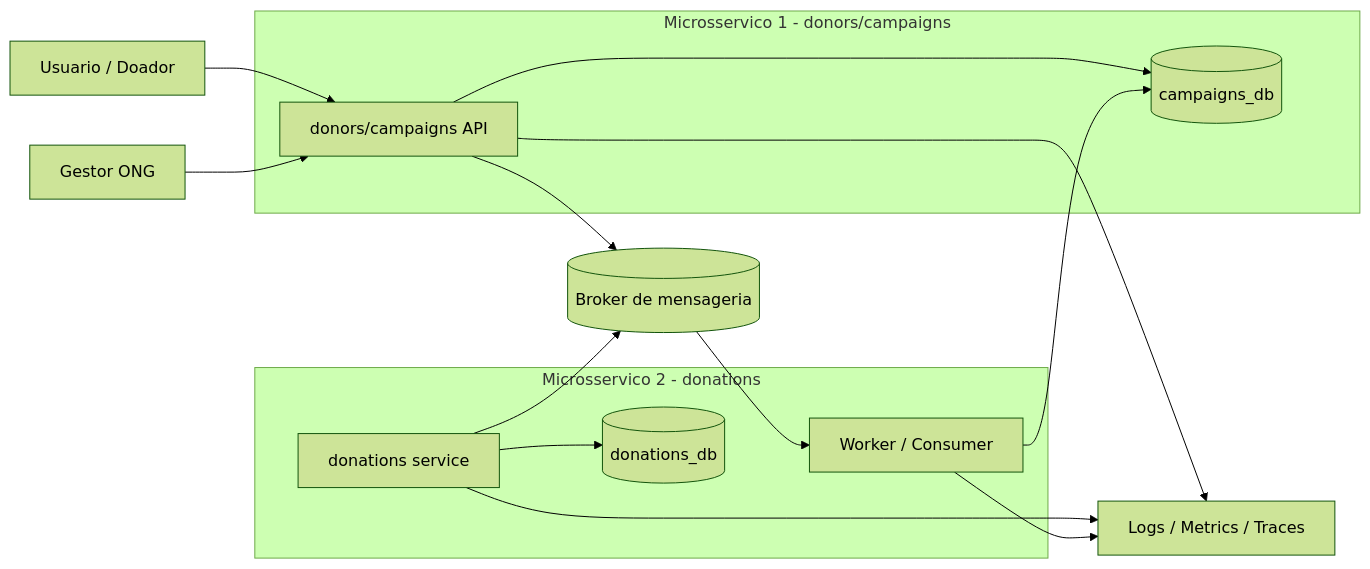
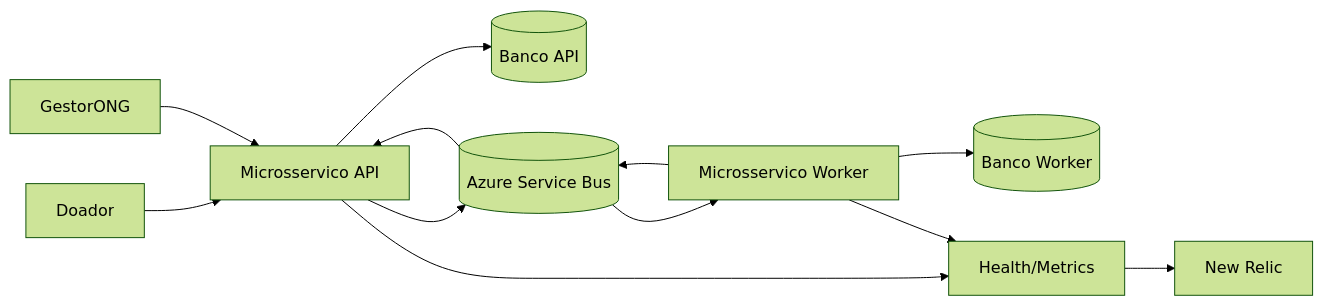
The diagram in others/docs/arquitetura-microsservicos-doacoes.md (deiserech/fiap-solidarity-connection-donors), drawn with Mermaid (forest theme) before and after one commit. The commit also changed other lines of this file and 24 other files, not shown here.

````diff
--- a/others/docs/arquitetura-microsservicos-doacoes.md
+++ b/others/docs/arquitetura-microsservicos-doacoes.md
@@ -25,29 +138,14 @@
 ```mermaid
 flowchart LR
-  U[Usuario / Doador] --> API[donors/campaigns API]
-  ADM[Gestor ONG] --> API
-
-  API --> DBC[(campaigns_db)]
-  API --> SB[(Broker de mensageria)]
-
-  DON[donations service] --> DBD[(donations_db)]
-  DON --> SB
-
-  SB --> WK[Worker / Consumer]
-  WK --> DBC
-
-  API --> OBS[Logs / Metrics / Traces]
-  DON --> OBS
+  D[Doador] --> API[Microsservico API]
+  G[GestorONG] --> API
+  API --> DB1[(Banco API)]
+    API --> BR[(Azure Service Bus)]
+  BR --> WK[Microsservico Worker]
+   WK --> DB2[(Banco Worker)]
+   WK --> BR
+   BR --> API
+  API --> OBS[Health/Metrics]
   WK --> OBS
-
-  subgraph MS1[Microsservico 1 - donors/campaigns]
-    API
-    DBC
-  end
-
-  subgraph MS2[Microsservico 2 - donations]
-    DON
-    DBD
-    WK
-  end
+   OBS --> NR[New Relic]
 ```
````
